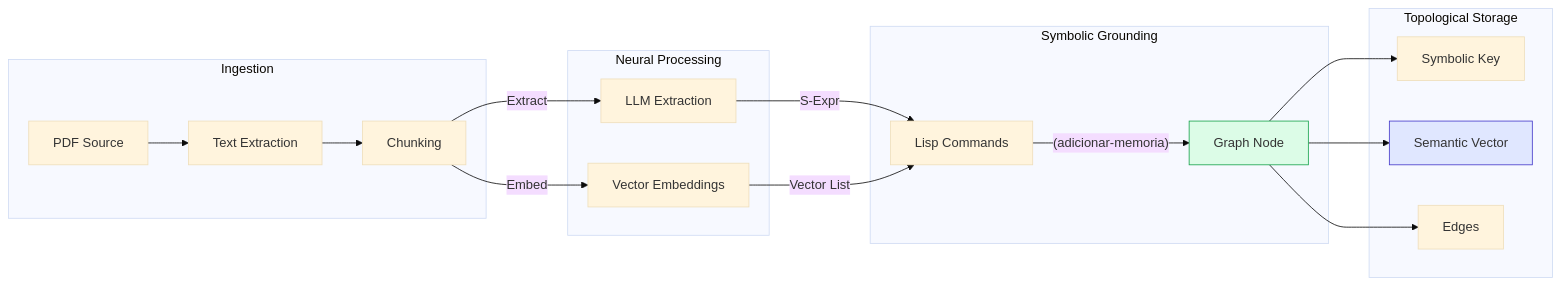
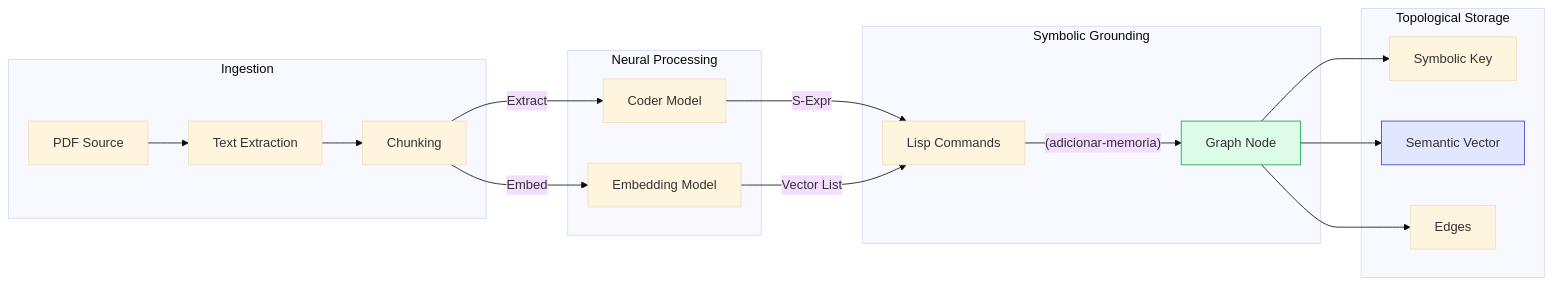
One commit to spock74/dialectical-symbolic-ai changed the fourth of 7 diagrams in README.md. Above: the diagram before and after it, drawn with Mermaid (base theme). The commit also changed other lines of this file, not shown here.

Commit message:
docs: Normalize model nomenclature (Coder/Synthesis/Embedding) in README

````diff
--- a/README.md
+++ b/README.md
@@ -132,27 +136,27 @@
 ```mermaid
 graph LR
     subgraph "Ingestion"
         PDF[PDF Source] --> TXT[Text Extraction]
         TXT --> CHUNK[Chunking]
     end
 
     subgraph "Neural Processing"
-        CHUNK -->|Embed| VEC[Vector Embeddings]
-        CHUNK -->|Extract| LLM[LLM Extraction]
+        CHUNK -->|Embed| VEC[Embedding Model]
+        CHUNK -->|Extract| CODER[Coder Model]
     end
 
     subgraph "Symbolic Grounding"
-        LLM -->|S-Expr| LISP[Lisp Commands]
+        CODER -->|S-Expr| LISP[Lisp Commands]
         VEC -->|Vector List| LISP
         LISP -->|"(adicionar-memoria)"| NODE[Graph Node]
     end
 
     subgraph "Topological Storage"
         NODE --> SYM[Symbolic Key]
         NODE --> PROP[Semantic Vector]
         NODE --> REL[Edges]
     end
 
     style NODE fill:#dcfce7,stroke:#16a34a
     style PROP fill:#e0e7ff,stroke:#4338ca
 ```
````
